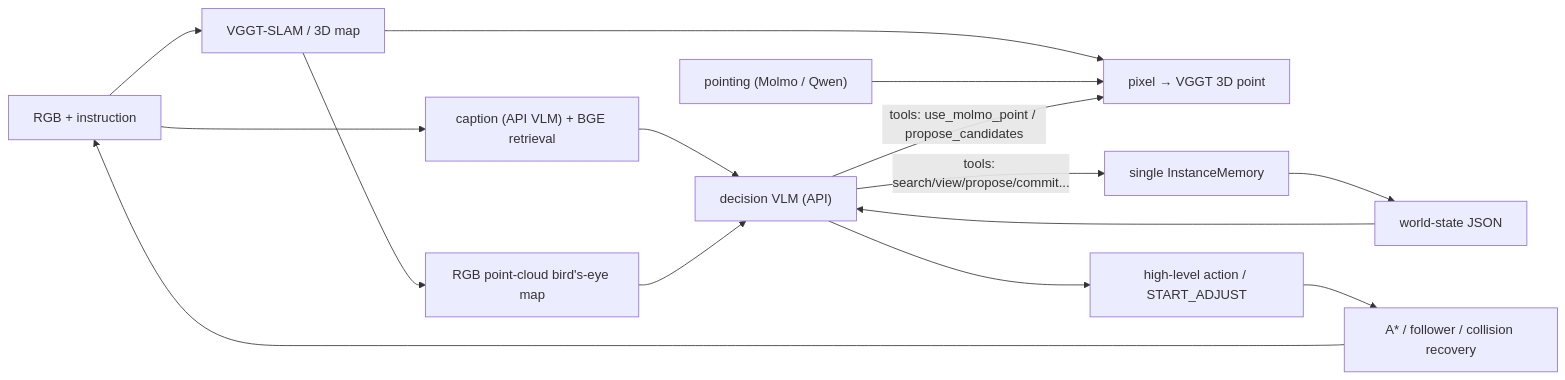
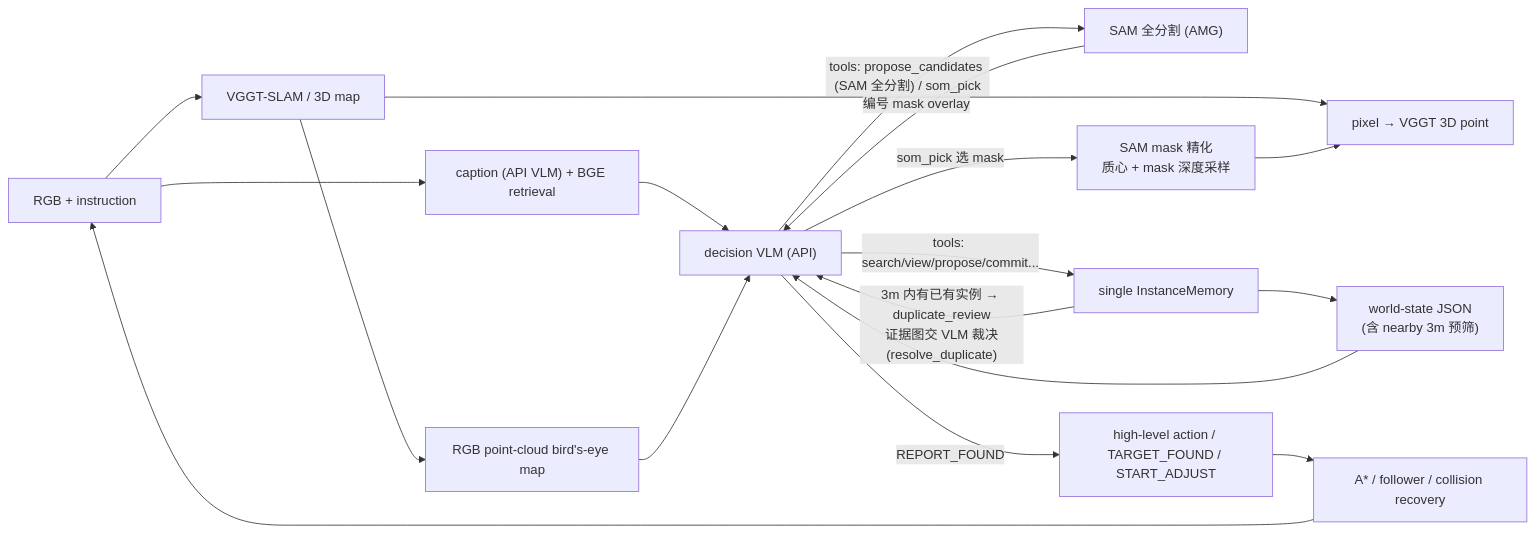
The diagram in AGENT_ARCHITECTURE.md (WeberFU23/VGGTNavAgent), drawn with Mermaid before and after one commit. The commit also changed other lines of this file and 14 other files, not shown here.

````diff
--- a/AGENT_ARCHITECTURE.md
+++ b/AGENT_ARCHITECTURE.md
@@ -16,17 +16,20 @@
 ```mermaid
 flowchart LR
     RGB["RGB + instruction"] --> MAP["VGGT-SLAM / 3D map"]
     RGB --> CAP["caption (API VLM) + BGE retrieval"]
     MAP --> P3D["pixel → VGGT 3D point"]
-    POINT["pointing (Molmo / Qwen)"] --> P3D
+    SOM["SAM 全分割 (AMG)"] -- "编号 mask overlay" --> VLM
+    VLM -- "som_pick 选 mask" --> SOMR["SAM mask 精化<br/>质心 + mask 深度采样"]
+    SOMR --> P3D
     CAP --> VLM["decision VLM (API)"]
     MAP --> TOP["RGB point-cloud bird's-eye map"]
-    MEM["single InstanceMemory"] --> STATE["world-state JSON"]
+    MEM["single InstanceMemory"] --> STATE["world-state JSON<br/>(含 nearby 3m 预筛)"]
     STATE --> VLM
     TOP --> VLM
     VLM -- "tools: search/view/propose/commit..." --> MEM
-    VLM -- "tools: use_molmo_point / propose_candidates" --> P3D
-    VLM --> HIGH["high-level action / START_ADJUST"]
+    VLM -- "tools: propose_candidates (SAM 全分割) / som_pick" --> SOM
+    VLM -- "REPORT_FOUND" --> HIGH["high-level action / TARGET_FOUND / START_ADJUST"]
+    MEM -- "3m 内有已有实例 → duplicate_review<br/>证据图交 VLM 裁决(resolve_duplicate)" --> VLM
     HIGH --> EXEC["A* / follower / collision recovery"]
     EXEC --> RGB
 ```
````
